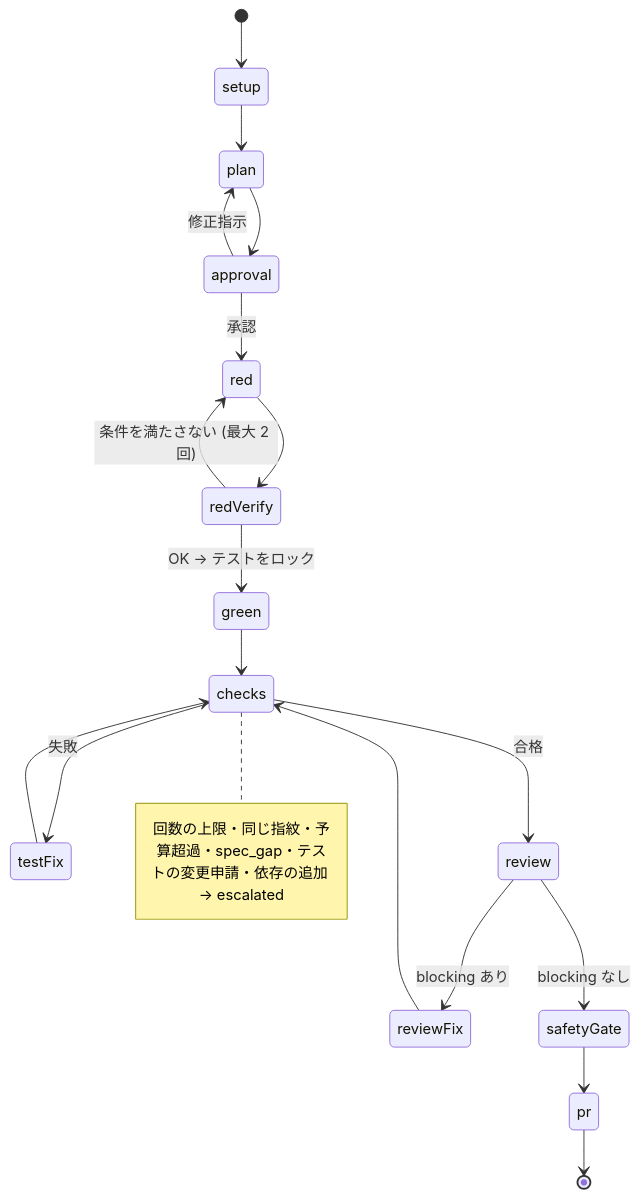
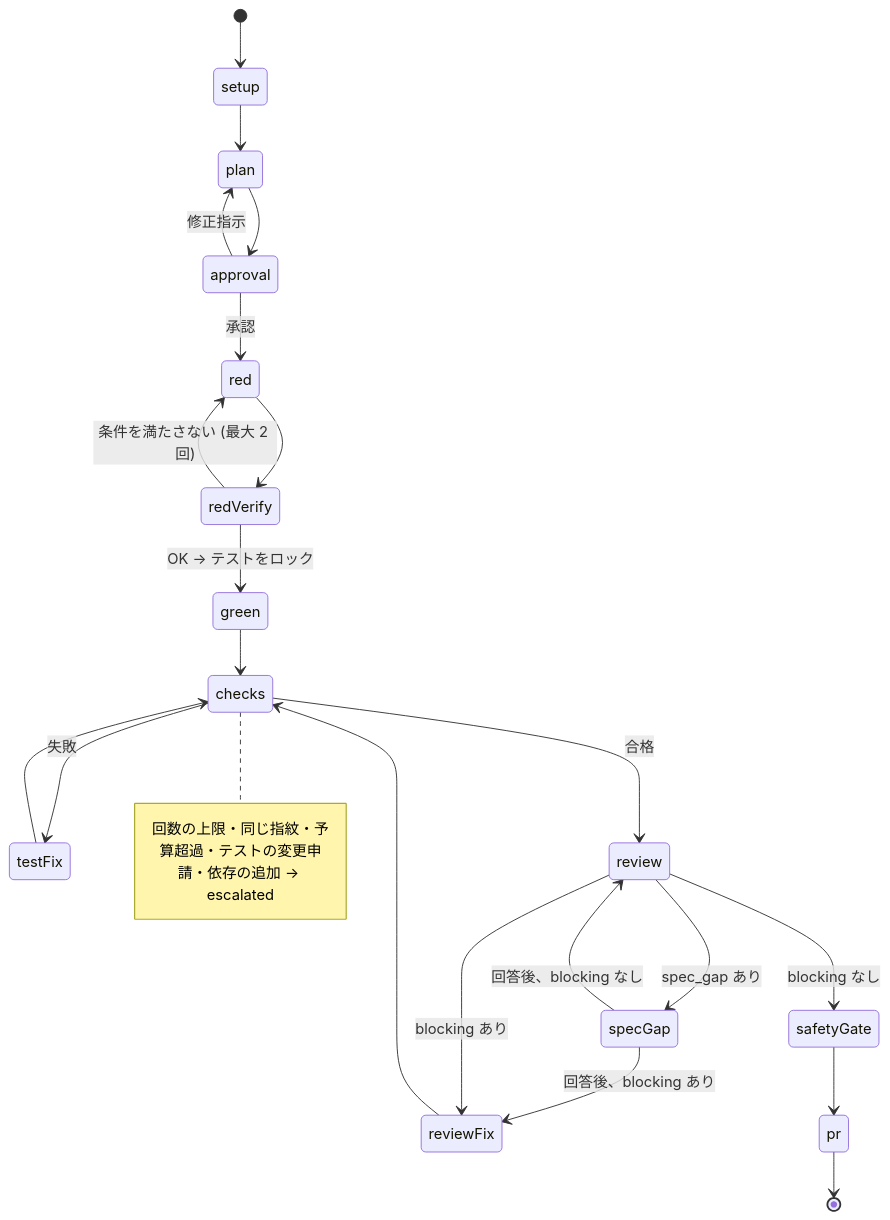
The diagram in docs/plan.md (is-9108/opencode-harness), drawn with Mermaid before and after one commit. The commit also changed other lines of this file, not shown here.

First line of the commit message:
docs: 計画書の spec_gap の経路を実装に合わせる (#38)

````diff
--- a/docs/plan.md
+++ b/docs/plan.md
@@ -289,21 +289,24 @@
 ```mermaid
 stateDiagram-v2
   [*] --> setup
   setup --> plan
   plan --> approval
   approval --> plan: 修正指示
   approval --> red: 承認
   red --> redVerify
   redVerify --> red: 条件を満たさない (最大 2 回)
   redVerify --> green: OK → テストをロック
   green --> checks
   checks --> testFix: 失敗
   testFix --> checks
   checks --> review: 合格
+  review --> specGap: spec_gap あり
+  specGap --> reviewFix: 回答後、blocking あり
+  specGap --> review: 回答後、blocking なし
   review --> reviewFix: blocking あり
   reviewFix --> checks
   review --> safetyGate: blocking なし
   safetyGate --> pr
   pr --> [*]
-  note right of checks: 回数の上限・同じ指紋・予算超過・spec_gap・テストの変更申請・依存の追加 → escalated
+  note right of checks: 回数の上限・同じ指紋・予算超過・テストの変更申請・依存の追加 → escalated
 ```
````
